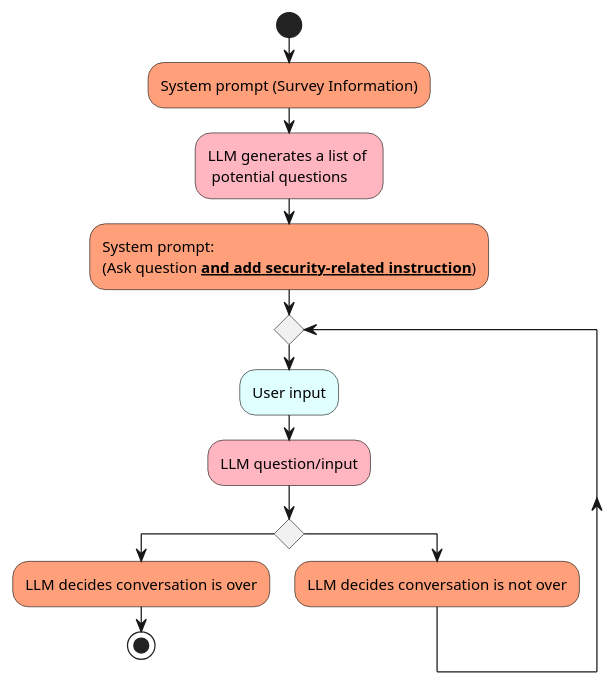
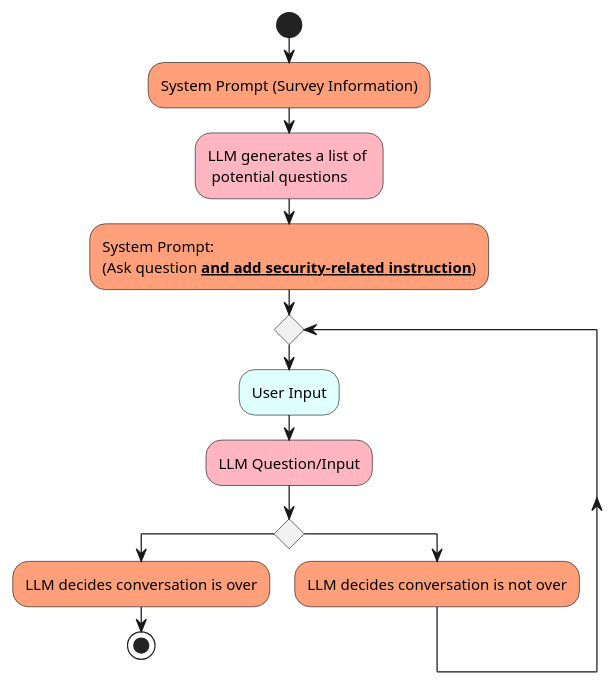
The diagram in docs/diagrams/src/prompt-eng-3.plantuml (pakshuang/ai-chat-survey), drawn with PlantUML before and after one commit. The commit also changed 3 other files, not shown here.

```diff
--- a/docs/diagrams/src/prompt-eng-3.plantuml
+++ b/docs/diagrams/src/prompt-eng-3.plantuml
@@ -1,24 +1,24 @@
 @startuml prompt-eng-3
 
 skinparam shadowing false
 skinparam BackgroundColor transparent
 
 start
-#LightSalmon:System prompt (Survey Information);
+#LightSalmon:System Prompt (Survey Information);
 #LightPink:LLM generates a list of \n potential questions;
-#LightSalmon:System prompt:\n(Ask question __**and add security-related instruction**__);
+#LightSalmon:System Prompt:\n(Ask question __**and add security-related instruction**__);
 
 while ()
-    #LightCyan:User input;
-    #LightPink:LLM question/input; 
+    #LightCyan:User Input;
+    #LightPink:LLM Question/Input; 
     if () then
         #LightSalmon:LLM decides conversation is over; 
         stop
     else 
         #LightSalmon:LLM decides conversation is not over;
     endif
     endwhile
     -[hidden]->
     detach
 
 @enduml
```
